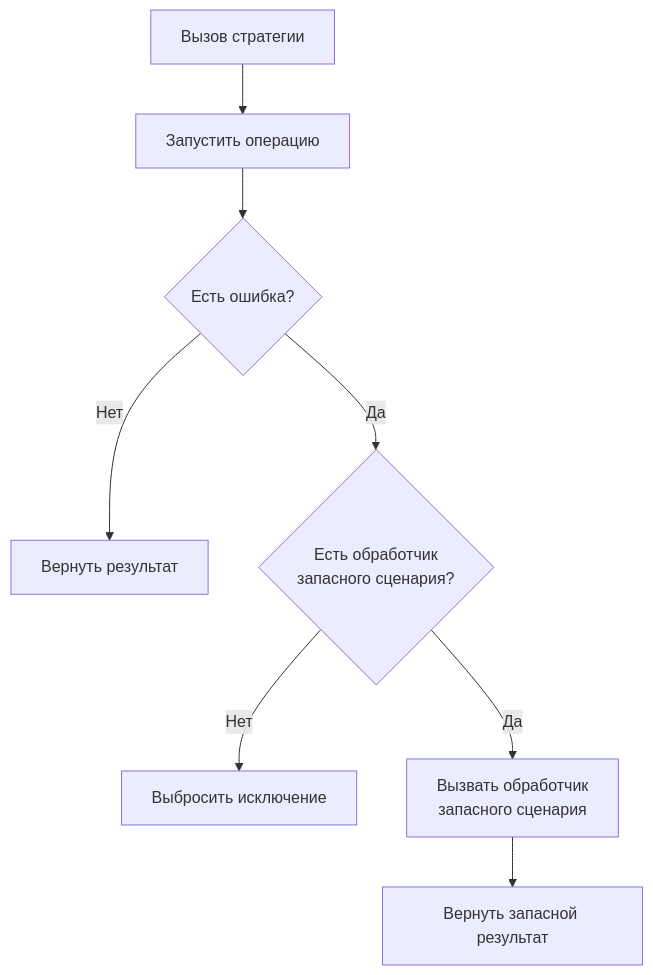
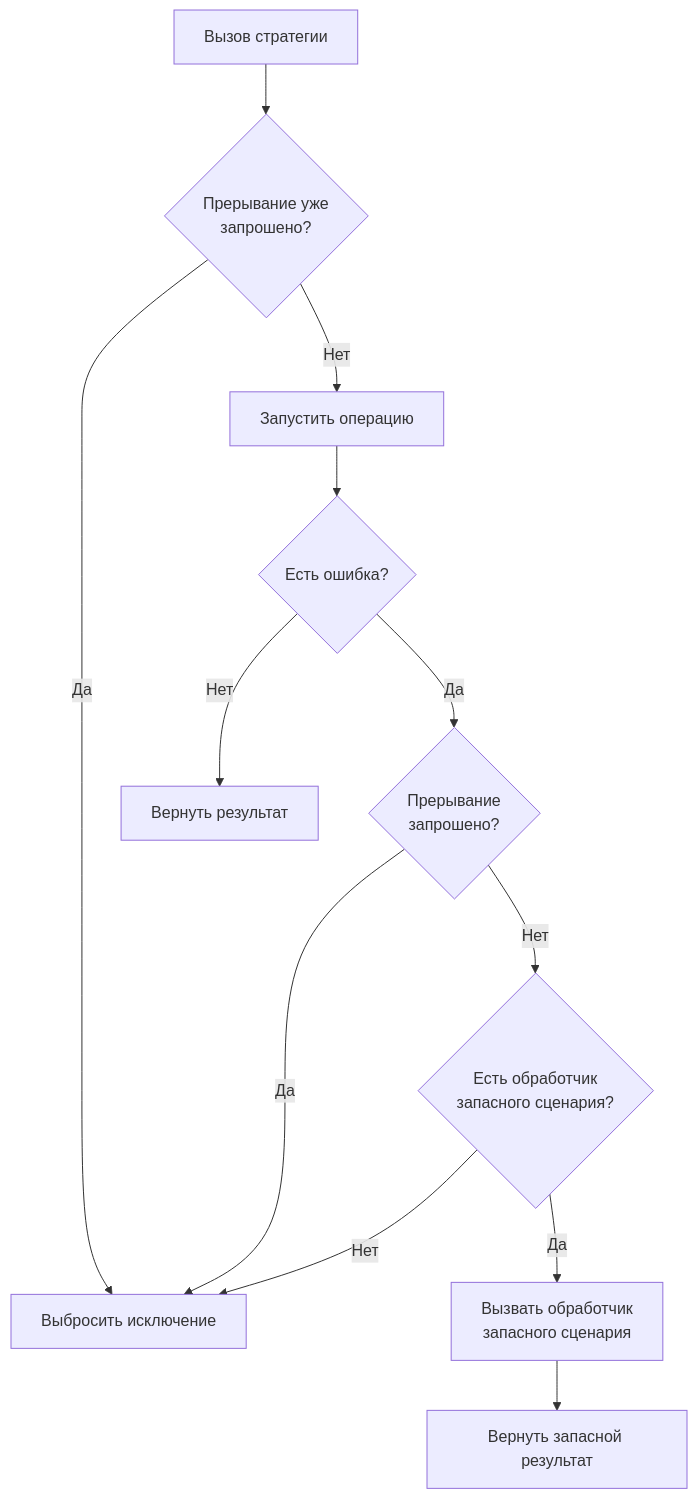
The diagram in docs/СтратегияЗапасногоСценария.md (Stivo182/oscript-resilience), drawn with Mermaid before and after one commit. The commit also changed other lines of this file and 1 other file, not shown here.

Commit message:
docs: уточнить прерывание запасного сценария

````diff
--- a/docs/СтратегияЗапасногоСценария.md
+++ b/docs/СтратегияЗапасногоСценария.md
@@ -53,10 +53,14 @@
 ```mermaid
 flowchart TD
-    A[Вызов стратегии] --> B[Запустить операцию]
-    B --> C{Есть ошибка?}
-    C -- Нет --> D[Вернуть результат]
-    C -- Да --> E{Есть обработчик<br/>запасного сценария?}
-    E -- Нет --> F[Выбросить исключение]
-    E -- Да --> G[Вызвать обработчик<br/>запасного сценария]
-    G --> H[Вернуть запасной результат]
+    A[Вызов стратегии] --> B{Прерывание уже<br/>запрошено?}
+    B -- Да --> C[Выбросить исключение]
+    B -- Нет --> D[Запустить операцию]
+    D --> E{Есть ошибка?}
+    E -- Нет --> F[Вернуть результат]
+    E -- Да --> G{Прерывание<br/>запрошено?}
+    G -- Да --> C
+    G -- Нет --> H{Есть обработчик<br/>запасного сценария?}
+    H -- Нет --> C
+    H -- Да --> I[Вызвать обработчик<br/>запасного сценария]
+    I --> J[Вернуть запасной результат]
 ```
````
